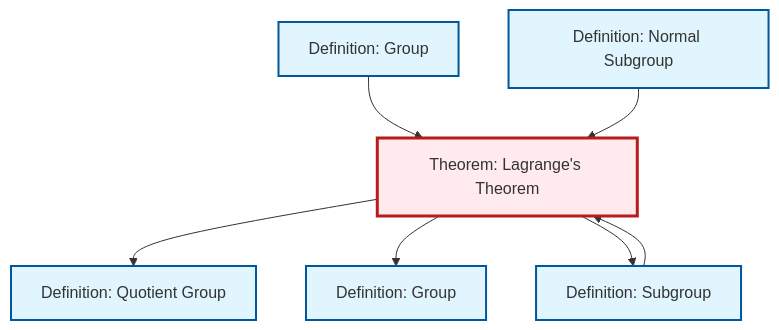
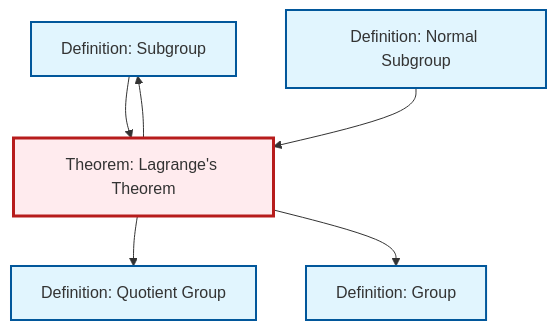
The diagram in content/ja/algebra/thm-lagrange.qmd (RK0429/ModernMath), drawn with Mermaid before and after one commit. The commit also changed 530 other files, not shown here.

````diff
--- a/content/ja/algebra/thm-lagrange.qmd
+++ b/content/ja/algebra/thm-lagrange.qmd
@@ -42,27 +42,24 @@
 ```{mermaid}
 %%| fig-cap: "Local dependency graph"
 graph TD
     classDef definition fill:#e1f5fe,stroke:#01579b,stroke-width:2px
     classDef theorem fill:#f3e5f5,stroke:#4a148c,stroke-width:2px
     classDef axiom fill:#fff3e0,stroke:#e65100,stroke-width:2px
     classDef example fill:#e8f5e9,stroke:#1b5e20,stroke-width:2px
     classDef current fill:#ffebee,stroke:#b71c1c,stroke-width:3px
+    def-subgroup["Definition: Subgroup"]:::definition
+    def-normal-subgroup["Definition: Normal Subgroup"]:::definition
+    def-group["Definition: Group"]:::definition
     def-quotient-group["Definition: Quotient Group"]:::definition
-    def-normal-subgroup["Definition: Normal Subgroup"]:::definition
     thm-lagrange["Theorem: Lagrange's Theorem"]:::theorem
-    def-subgroup["Definition: Subgroup"]:::definition
-    def-group["Definition: Group"]:::definition
-    def-group-example["Definition: Group"]:::definition
     def-subgroup --> thm-lagrange
-    def-group-example --> thm-lagrange
     thm-lagrange --> def-quotient-group
+    thm-lagrange --> def-subgroup
     thm-lagrange --> def-group
     def-normal-subgroup --> thm-lagrange
-    thm-lagrange --> def-subgroup
     class thm-lagrange current
+    click def-subgroup "def-subgroup.html" "Definition: Subgroupへ"
+    click def-normal-subgroup "def-normal-subgroup.html" "Definition: Normal Subgroupへ"
+    click def-group "def-group.html" "Definition: Groupへ"
     click def-quotient-group "def-quotient-group.html" "Definition: Quotient Groupへ"
-    click def-normal-subgroup "def-normal-subgroup.html" "Definition: Normal Subgroupへ"
-    click def-subgroup "def-subgroup.html" "Definition: Subgroupへ"
-    click def-group "def-group.html" "Definition: Groupへ"
-    click def-group-example "def-group-example.html" "Definition: Groupへ"
 ```
````
